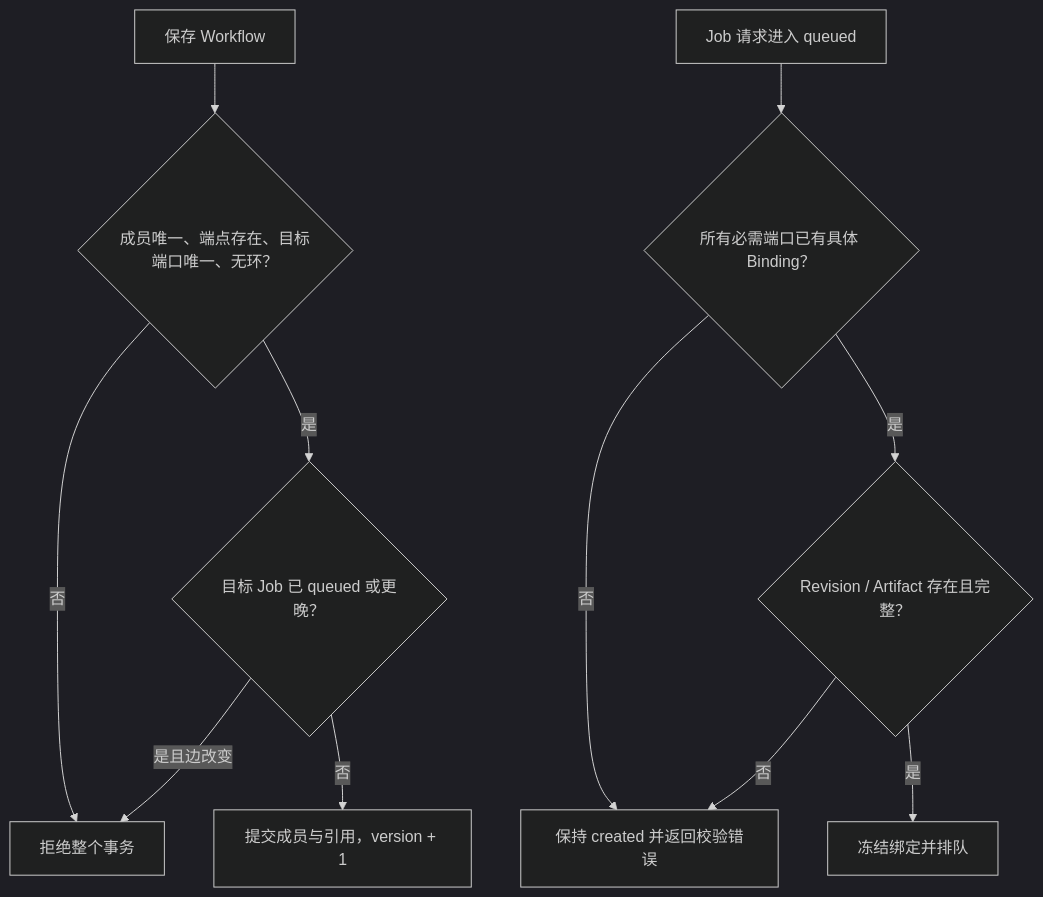
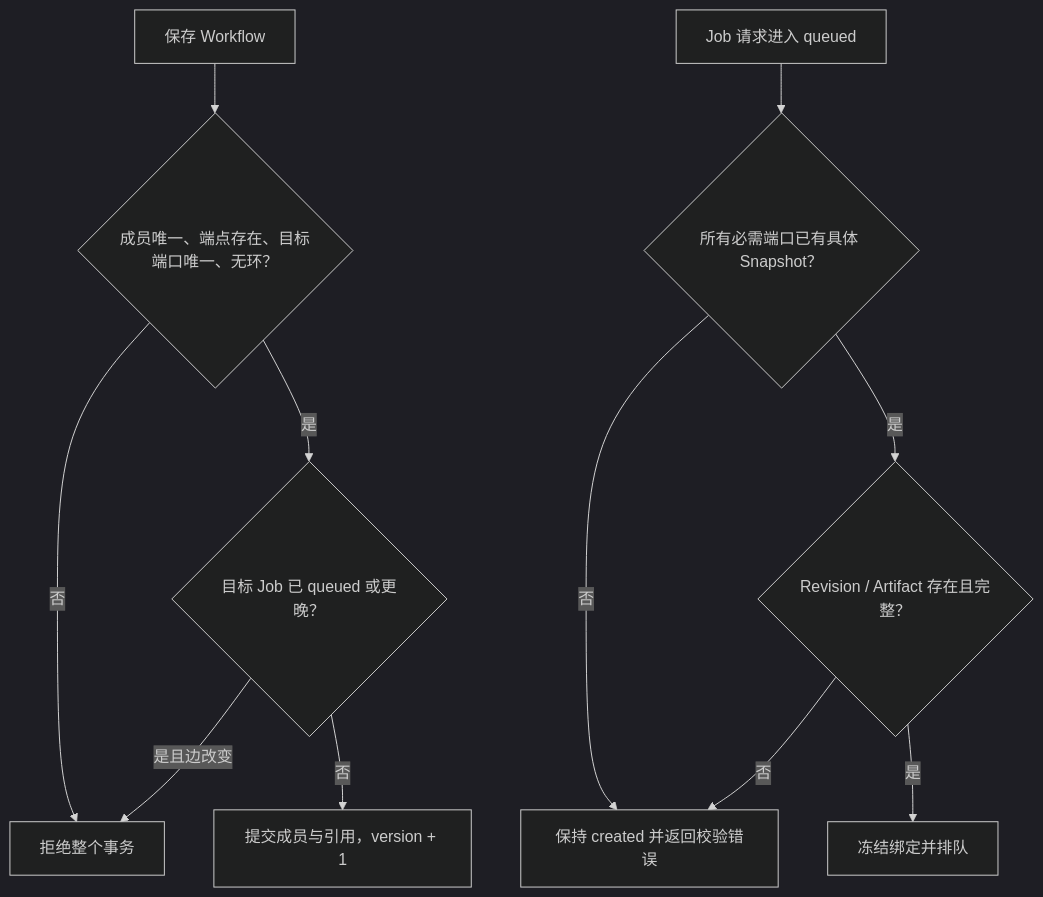
Before and after one commit to wxyhgk/retain-mol: the diagram in docs/architecture/data-model/entities.md, drawn with Mermaid (dark theme). The commit also changed other lines of this file and 250 other files, not shown here.

````diff
--- a/docs/architecture/data-model/entities.md
+++ b/docs/architecture/data-model/entities.md
@@ -156,14 +156,14 @@
 ```mermaid
 flowchart TD
     W["保存 Workflow"] --> V{"成员唯一、端点存在、目标端口唯一、无环？"}
     V -->|否| R["拒绝整个事务"]
     V -->|是| F{"目标 Job 已 queued 或更晚？"}
     F -->|是且边改变| R
     F -->|否| C["提交成员与引用，version + 1"]
 
-    Q["Job 请求进入 queued"] --> B{"所有必需端口已有具体 Binding？"}
+    Q["Job 请求进入 queued"] --> B{"所有必需端口已有具体 Snapshot？"}
     B -->|否| R2["保持 created 并返回校验错误"]
     B -->|是| I{"Revision / Artifact 存在且完整？"}
     I -->|否| R2
     I -->|是| L["冻结绑定并排队"]
 ```
````
